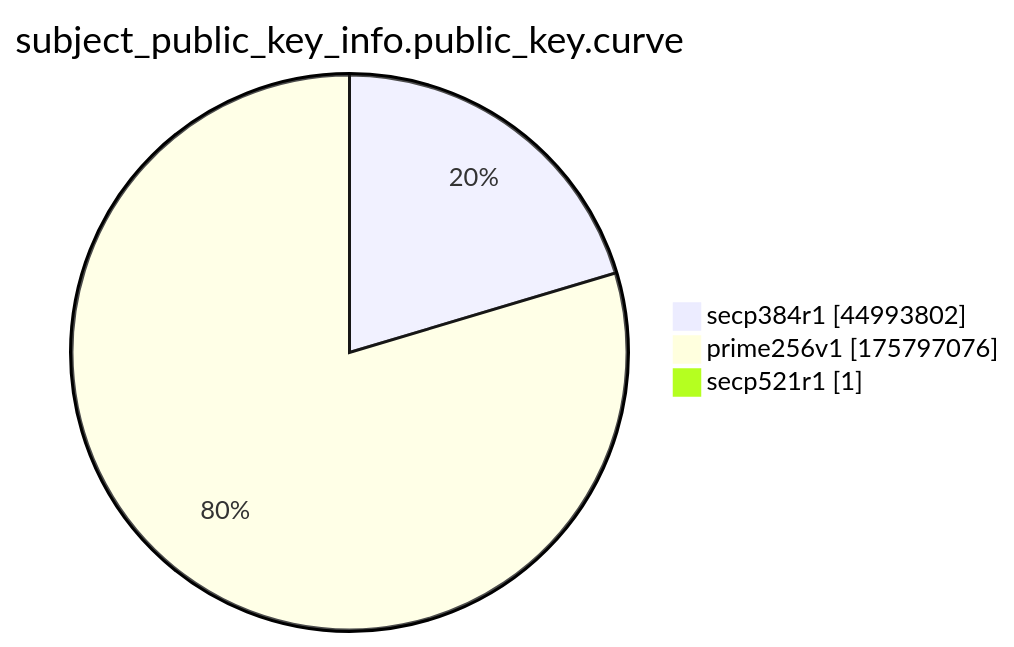
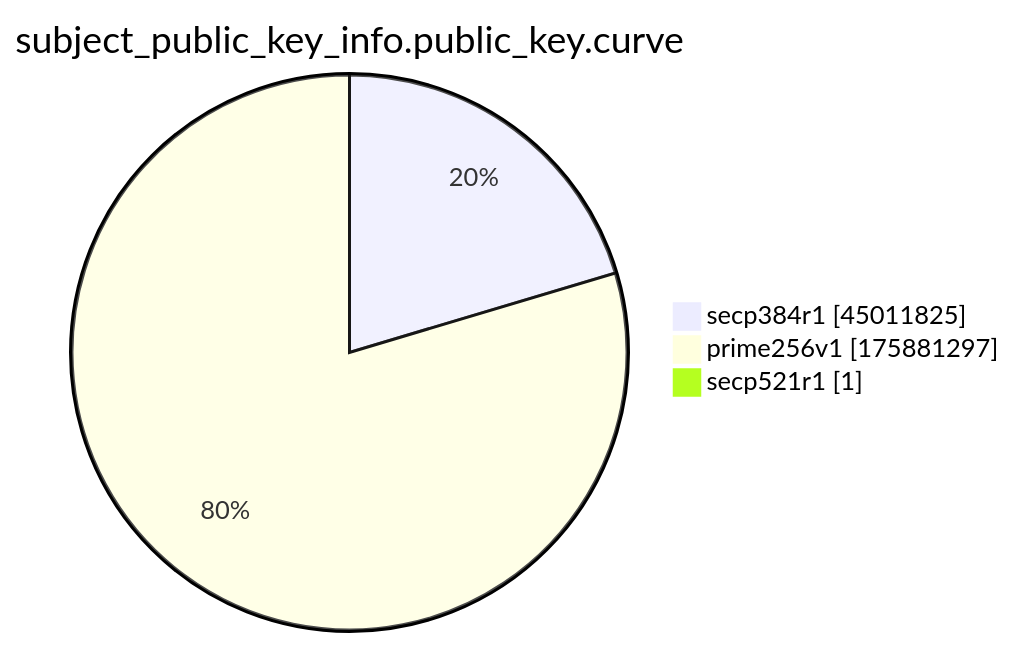
One commit to christiankrug/ctmonitor_visualization changed the ninth of 15 diagrams in xenon2022/README.md. Above: the diagram before and after it, drawn with Mermaid. The commit also changed other lines of this file, not shown here.

````diff
--- a/xenon2022/README.md
+++ b/xenon2022/README.md
@@ -2872,7 +2872,7 @@
 ```mermaid
 pie showData
 title subject_public_key_info.public_key.curve
-"secp384r1" :44993802
-"prime256v1" :175797076
+"secp384r1" :45011825
+"prime256v1" :175881297
 "secp521r1" :1
 ```
````
